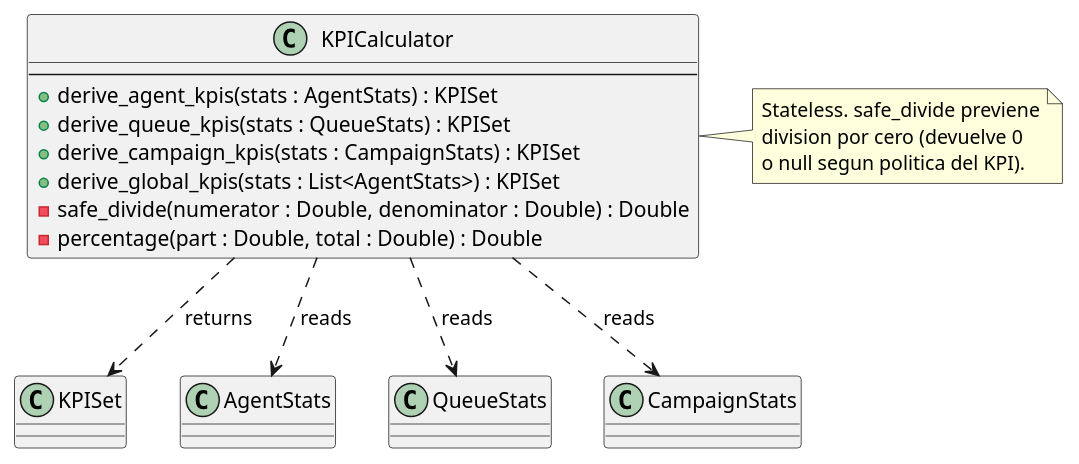
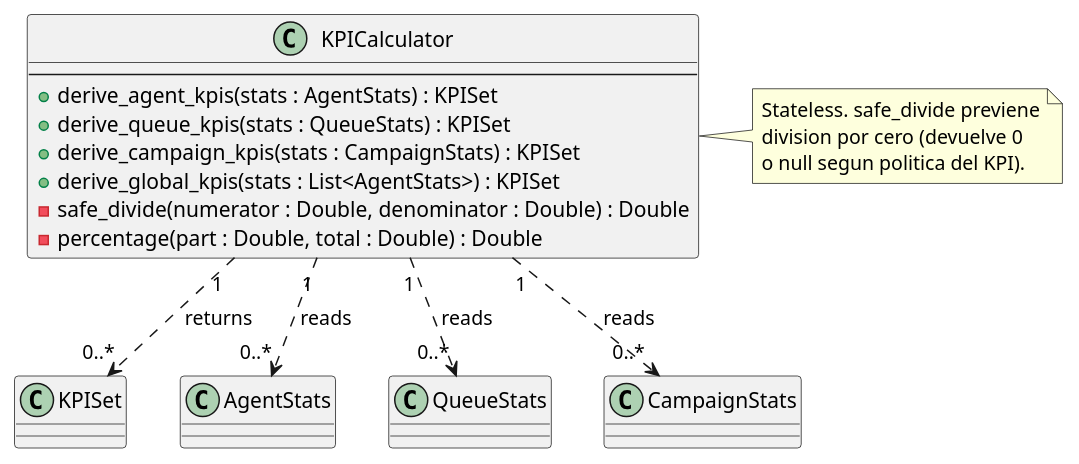
The diagram in source/arquitectura-tecnica/domain-model/kpi-calculator.rst (jcg-admin/IACT-docs), drawn with PlantUML before and after one commit. The commit also changed 44 other files, not shown here.

First line of the commit message:
Apply UML rigor pass batch 3: sweep multiplicities + checklist

```diff
--- a/source/arquitectura-tecnica/domain-model/kpi-calculator.rst
+++ b/source/arquitectura-tecnica/domain-model/kpi-calculator.rst
@@ -29,33 +29,33 @@
 .. uml::
  :caption: Clase KPICalculator — fórmulas canónicas para
            KPIs derivados (stateless).
 
  @startuml
 
  class KPICalculator {
    --
    + derive_agent_kpis(stats : AgentStats) : KPISet
    + derive_queue_kpis(stats : QueueStats) : KPISet
    + derive_campaign_kpis(stats : CampaignStats) : KPISet
    + derive_global_kpis(stats : List<AgentStats>) : KPISet
    - safe_divide(numerator : Double, denominator : Double) : Double
    - percentage(part : Double, total : Double) : Double
  }
 
  class KPISet
  class AgentStats
  class QueueStats
  class CampaignStats
 
- KPICalculator ..> AgentStats : reads
- KPICalculator ..> QueueStats : reads
- KPICalculator ..> CampaignStats : reads
- KPICalculator ..> KPISet : returns
+ KPICalculator "1" ..> "0..*" AgentStats : reads
+ KPICalculator "1" ..> "0..*" QueueStats : reads
+ KPICalculator "1" ..> "0..*" CampaignStats : reads
+ KPICalculator "1" ..> "0..*" KPISet : returns
 
  note right of KPICalculator
    Stateless. safe_divide previene
    division por cero (devuelve 0
    o null segun politica del KPI).
  end note
 
  @enduml
```
